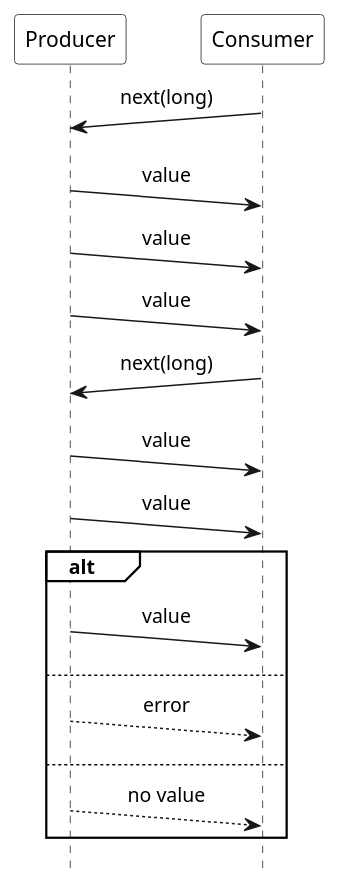
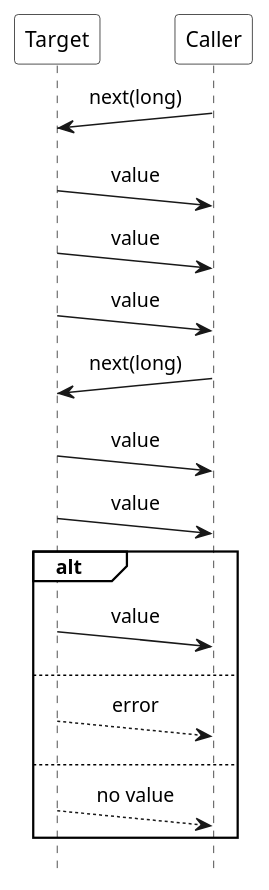
The diagram in images/pattern_Iterator_with_batching.puml (ti-cortex-m4/demo-java-reactive-streams-old), drawn with PlantUML before and after one commit. The commit also changed 1 other file, not shown here.

```diff
--- a/images/pattern_Iterator_with_batching.puml
+++ b/images/pattern_Iterator_with_batching.puml
@@ -1,36 +1,36 @@
 @startuml
 
 scale 1.0
 hide footbox
 
 !pragma teoz true
 
 skinparam monochrome true
 skinparam defaultFontName Source Sans Pro
 skinparam sequenceMessageAlign center
 skinparam participantBackgroundColor #white
 skinparam noteBackgroundColor #white
 skinparam sequenceGroupBackgroundColor #white
 skinparam participantPadding 20
 
-participant Producer
-participant Consumer
+participant Target
+participant Caller
 
-Consumer ->(10) Producer : next(long)
-Producer ->(10) Consumer : value
-Producer ->(10) Consumer : value
-Producer ->(10) Consumer : value
+Caller ->(10) Target : next(long)
+Target ->(10) Caller : value
+Target ->(10) Caller : value
+Target ->(10) Caller : value
 
-Consumer ->(10) Producer : next(long)
-Producer ->(10) Consumer : value
-Producer ->(10) Consumer : value
+Caller ->(10) Target : next(long)
+Target ->(10) Caller : value
+Target ->(10) Caller : value
 
 alt
-Producer ->(10) Consumer : value
+Target ->(10) Caller : value
 else
-Producer -->(10) Consumer : error
+Target -->(10) Caller : error
 else
-Producer -->(10) Consumer : no value
+Target -->(10) Caller : no value
 end
 
 @enduml
```
